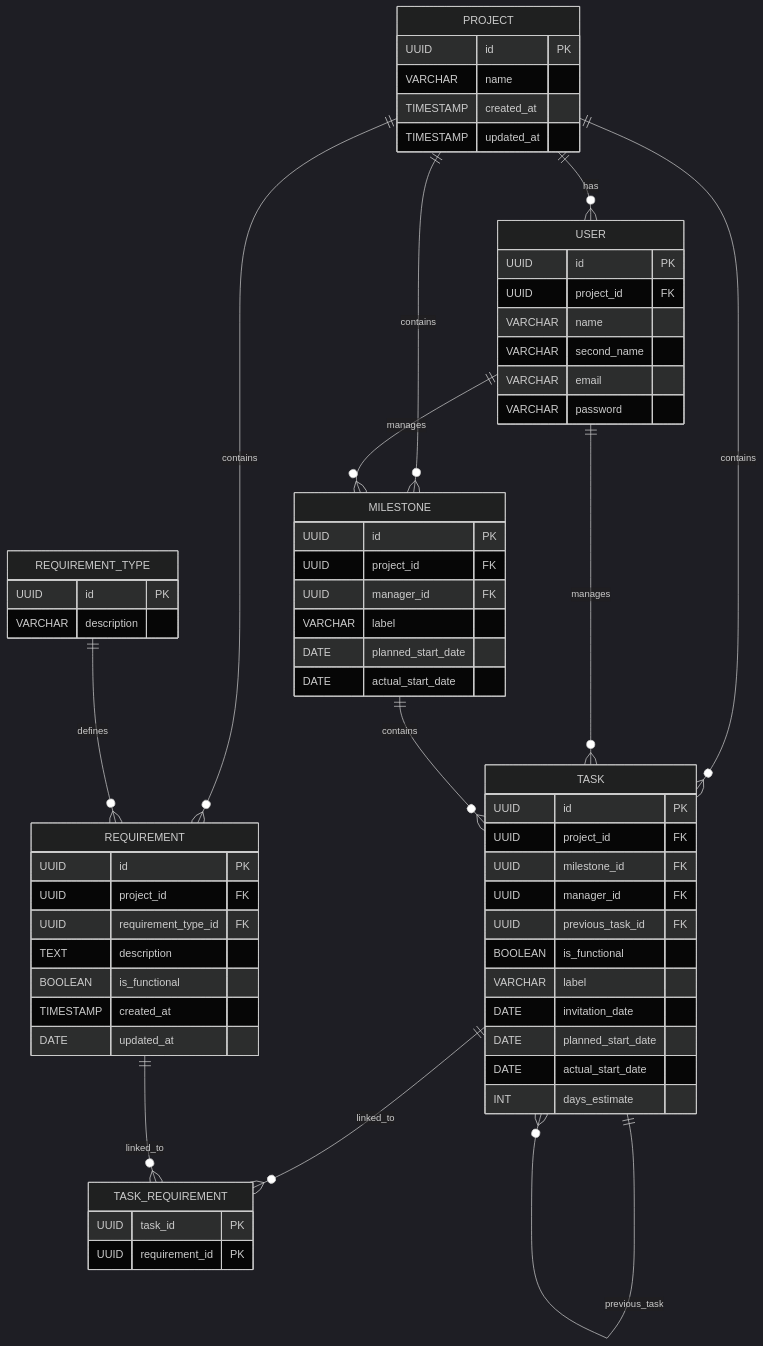
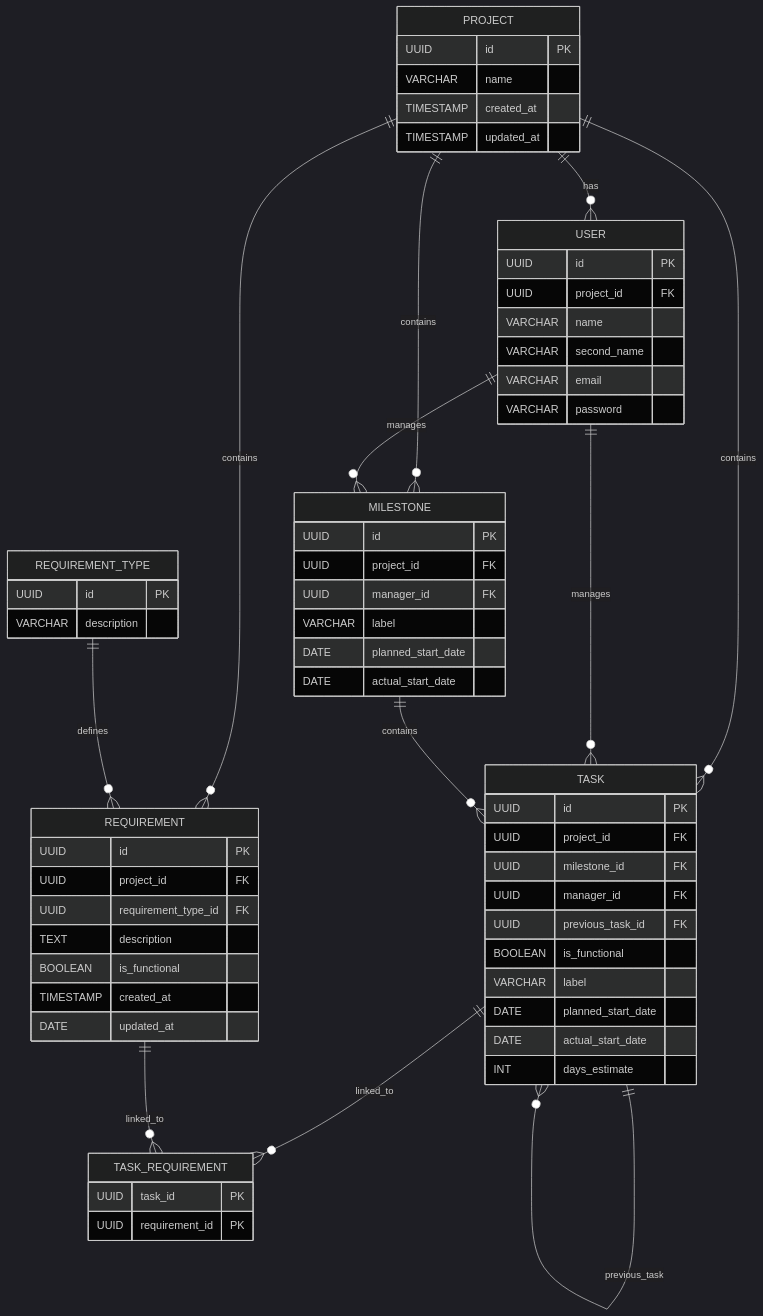
The diagram in Graph.mermaid (Firstmars01/AppManagment), drawn with Mermaid (dark theme) before and after one commit. The commit also changed 9 other files, not shown here.

```diff
--- a/Graph.mermaid
+++ b/Graph.mermaid
@@ -1,77 +1,76 @@
 erDiagram
     PROJECT {
         UUID id PK
         VARCHAR name
         TIMESTAMP created_at
         TIMESTAMP updated_at
     }
 
     USER {
         UUID id PK
         UUID project_id FK
         VARCHAR name
         VARCHAR second_name
         VARCHAR email
         VARCHAR password
     }
 
     MILESTONE {
         UUID id PK
         UUID project_id FK
         UUID manager_id FK
         VARCHAR label
         DATE planned_start_date
         DATE actual_start_date
     }
 
     REQUIREMENT_TYPE {
         UUID id PK
         VARCHAR description
     }
 
     REQUIREMENT {
         UUID id PK
         UUID project_id FK
         UUID requirement_type_id FK
         TEXT description
         BOOLEAN is_functional
         TIMESTAMP created_at
         DATE updated_at
     }
 
     TASK {
         UUID id PK
         UUID project_id FK
         UUID milestone_id FK
         UUID manager_id FK
         UUID previous_task_id FK
         BOOLEAN is_functional
         VARCHAR label
-        DATE invitation_date
         DATE planned_start_date
         DATE actual_start_date
         INT days_estimate
     }
 
     TASK_REQUIREMENT {
         UUID task_id PK
         UUID requirement_id PK
     }
 
     %% Relations
     PROJECT ||--o{ USER : has
     PROJECT ||--o{ MILESTONE : contains
     PROJECT ||--o{ REQUIREMENT : contains
     PROJECT ||--o{ TASK : contains
 
     USER ||--o{ MILESTONE : manages
     USER ||--o{ TASK : manages
 
     MILESTONE ||--o{ TASK : contains
 
     REQUIREMENT_TYPE ||--o{ REQUIREMENT : defines
 
     TASK ||--o{ TASK_REQUIREMENT : linked_to
     REQUIREMENT ||--o{ TASK_REQUIREMENT : linked_to
 
     TASK ||--o{ TASK : previous_task
```
